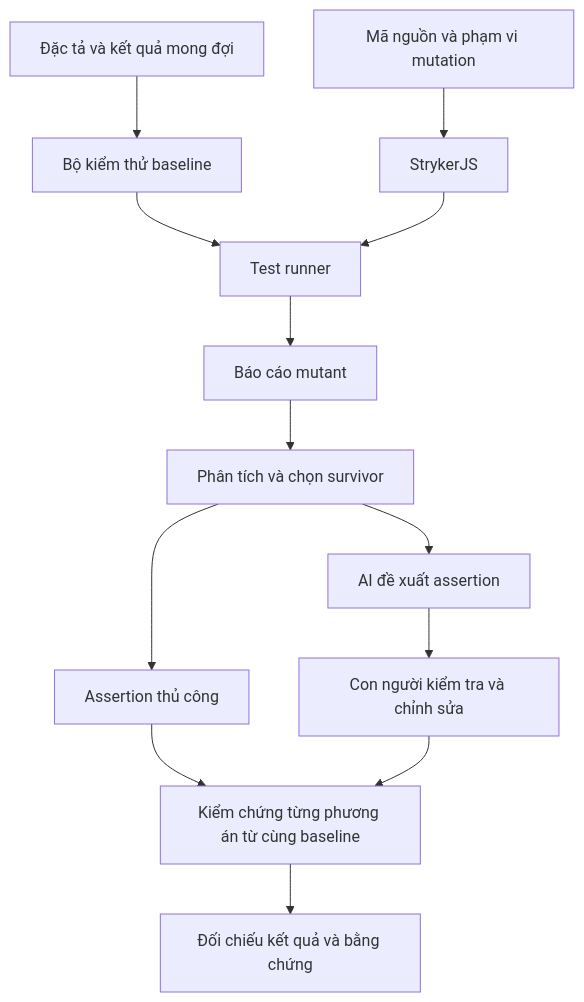
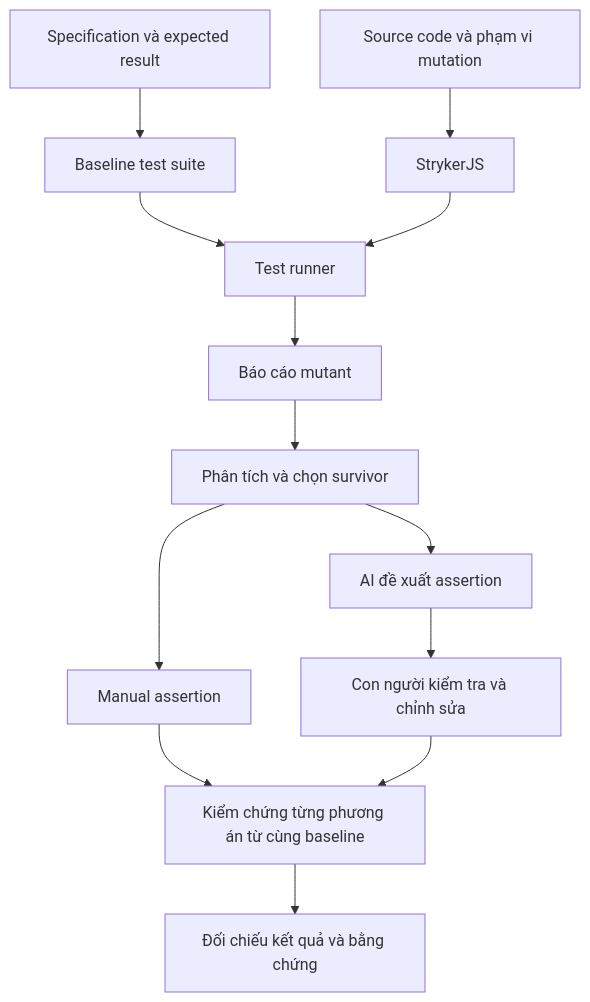
The diagram in draft/Seminar_Report.md (tkob-team/T10_Mutation_Testing_and_Test_Effectiveness), drawn with Mermaid before and after one commit. The commit also changed other lines of this file and 2 other files, not shown here.

````diff
--- a/draft/Seminar_Report.md
+++ b/draft/Seminar_Report.md
@@ -269,15 +277,15 @@
 ```mermaid
 flowchart TD
-    SPEC["Đặc tả và kết quả mong đợi"] --> BASE["Bộ kiểm thử baseline"]
-    CODE["Mã nguồn và phạm vi mutation"] --> STRYKER["StrykerJS"]
+    SPEC["Specification và expected result"] --> BASE["Baseline test suite"]
+    CODE["Source code và phạm vi mutation"] --> STRYKER["StrykerJS"]
     BASE --> RUNNER["Test runner"]
     STRYKER --> RUNNER
     RUNNER --> REPORT["Báo cáo mutant"]
     REPORT --> SELECT["Phân tích và chọn survivor"]
-    SELECT --> MANUAL["Assertion thủ công"]
+    SELECT --> MANUAL["Manual assertion"]
     SELECT --> AI["AI đề xuất assertion"]
     AI --> REVIEW["Con người kiểm tra và chỉnh sửa"]
     MANUAL --> VERIFY["Kiểm chứng từng phương án từ cùng baseline"]
     REVIEW --> VERIFY
     VERIFY --> RESULT["Đối chiếu kết quả và bằng chứng"]
 ```
````
